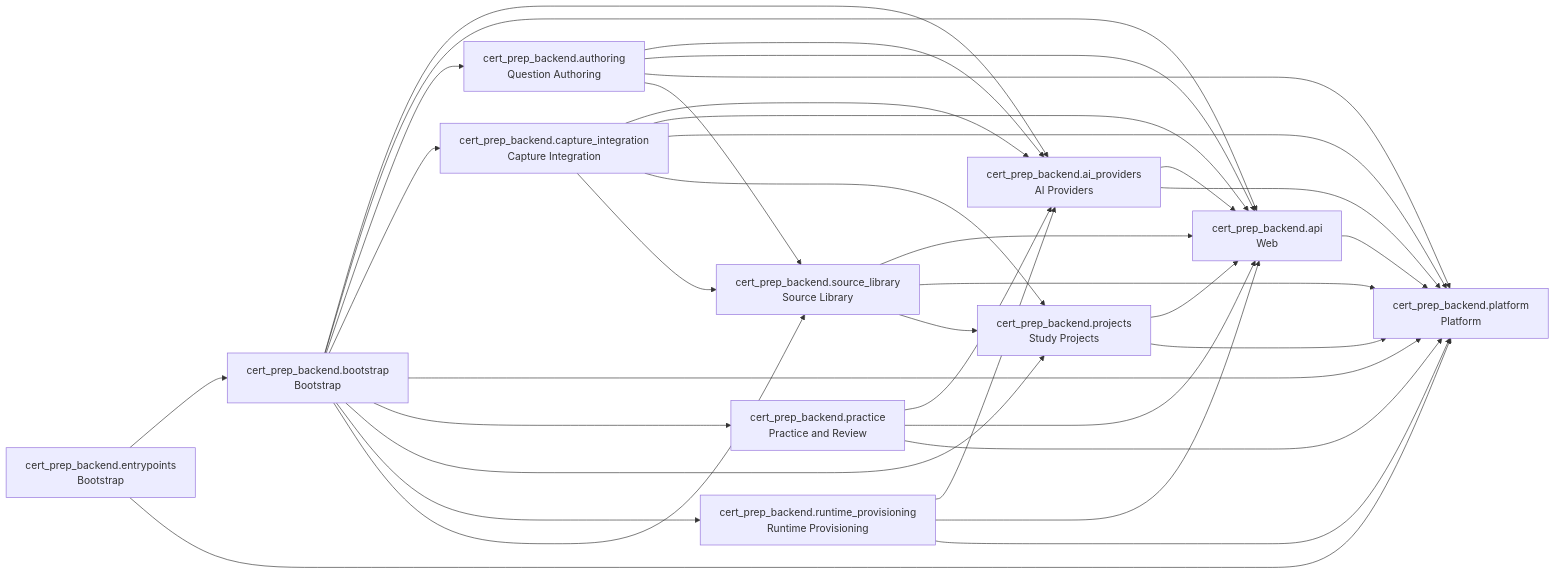
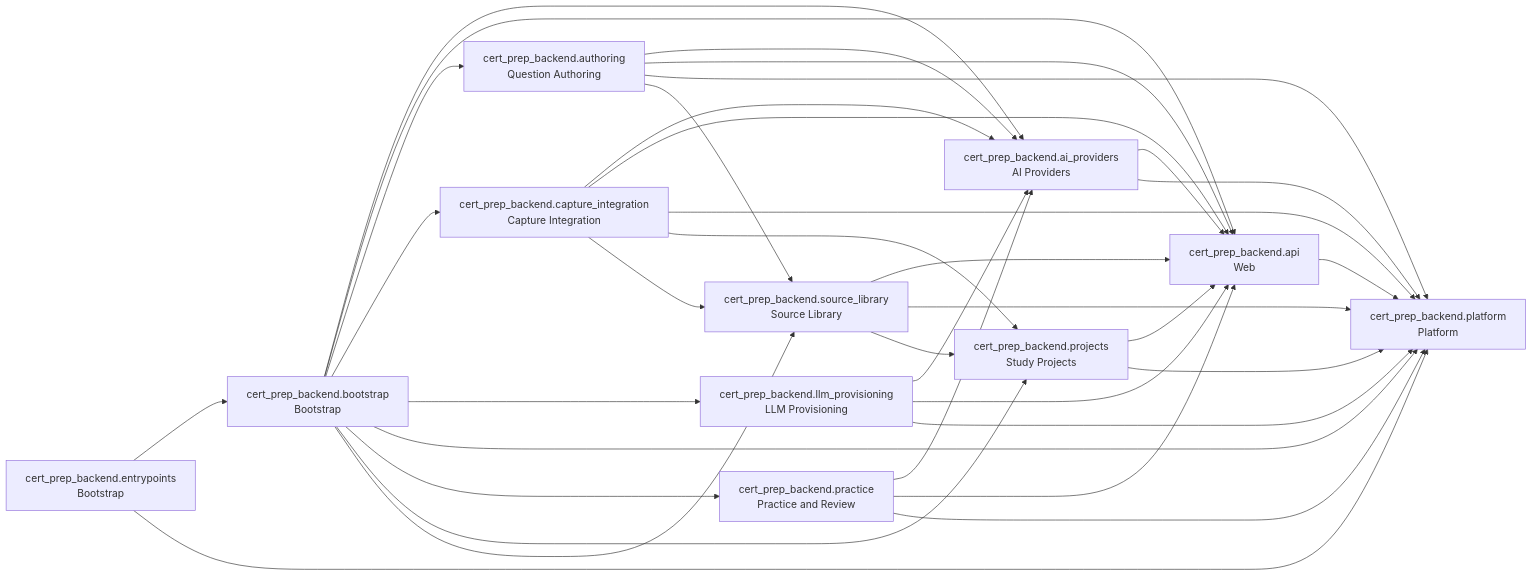
The diagram in docs/architecture/backend-contexts.md (WodenWang820118/cert-prep), drawn with Mermaid before and after one commit. The commit also changed 221 other files, not shown here.

````diff
--- a/docs/architecture/backend-contexts.md
+++ b/docs/architecture/backend-contexts.md
@@ -6,48 +6,48 @@
 ```mermaid
 flowchart LR
   n_cert_prep_backend_ai_providers["cert_prep_backend.ai_providers<br/>AI Providers"]
   n_cert_prep_backend_api["cert_prep_backend.api<br/>Web"]
   n_cert_prep_backend_authoring["cert_prep_backend.authoring<br/>Question Authoring"]
   n_cert_prep_backend_bootstrap["cert_prep_backend.bootstrap<br/>Bootstrap"]
   n_cert_prep_backend_capture_integration["cert_prep_backend.capture_integration<br/>Capture Integration"]
   n_cert_prep_backend_entrypoints["cert_prep_backend.entrypoints<br/>Bootstrap"]
+  n_cert_prep_backend_llm_provisioning["cert_prep_backend.llm_provisioning<br/>LLM Provisioning"]
   n_cert_prep_backend_platform["cert_prep_backend.platform<br/>Platform"]
   n_cert_prep_backend_practice["cert_prep_backend.practice<br/>Practice and Review"]
   n_cert_prep_backend_projects["cert_prep_backend.projects<br/>Study Projects"]
-  n_cert_prep_backend_runtime_provisioning["cert_prep_backend.runtime_provisioning<br/>Runtime Provisioning"]
   n_cert_prep_backend_source_library["cert_prep_backend.source_library<br/>Source Library"]
   n_cert_prep_backend_ai_providers --> n_cert_prep_backend_api
   n_cert_prep_backend_ai_providers --> n_cert_prep_backend_platform
   n_cert_prep_backend_api --> n_cert_prep_backend_platform
   n_cert_prep_backend_authoring --> n_cert_prep_backend_ai_providers
   n_cert_prep_backend_authoring --> n_cert_prep_backend_api
   n_cert_prep_backend_authoring --> n_cert_prep_backend_platform
   n_cert_prep_backend_authoring --> n_cert_prep_backend_source_library
   n_cert_prep_backend_bootstrap --> n_cert_prep_backend_ai_providers
   n_cert_prep_backend_bootstrap --> n_cert_prep_backend_api
   n_cert_prep_backend_bootstrap --> n_cert_prep_backend_authoring
   n_cert_prep_backend_bootstrap --> n_cert_prep_backend_capture_integration
+  n_cert_prep_backend_bootstrap --> n_cert_prep_backend_llm_provisioning
   n_cert_prep_backend_bootstrap --> n_cert_prep_backend_platform
   n_cert_prep_backend_bootstrap --> n_cert_prep_backend_practice
   n_cert_prep_backend_bootstrap --> n_cert_prep_backend_projects
-  n_cert_prep_backend_bootstrap --> n_cert_prep_backend_runtime_provisioning
   n_cert_prep_backend_bootstrap --> n_cert_prep_backend_source_library
   n_cert_prep_backend_capture_integration --> n_cert_prep_backend_ai_providers
   n_cert_prep_backend_capture_integration --> n_cert_prep_backend_api
   n_cert_prep_backend_capture_integration --> n_cert_prep_backend_platform
   n_cert_prep_backend_capture_integration --> n_cert_prep_backend_projects
   n_cert_prep_backend_capture_integration --> n_cert_prep_backend_source_library
   n_cert_prep_backend_entrypoints --> n_cert_prep_backend_bootstrap
   n_cert_prep_backend_entrypoints --> n_cert_prep_backend_platform
+  n_cert_prep_backend_llm_provisioning --> n_cert_prep_backend_ai_providers
+  n_cert_prep_backend_llm_provisioning --> n_cert_prep_backend_api
+  n_cert_prep_backend_llm_provisioning --> n_cert_prep_backend_platform
   n_cert_prep_backend_practice --> n_cert_prep_backend_ai_providers
   n_cert_prep_backend_practice --> n_cert_prep_backend_api
   n_cert_prep_backend_practice --> n_cert_prep_backend_platform
   n_cert_prep_backend_projects --> n_cert_prep_backend_api
   n_cert_prep_backend_projects --> n_cert_prep_backend_platform
-  n_cert_prep_backend_runtime_provisioning --> n_cert_prep_backend_ai_providers
-  n_cert_prep_backend_runtime_provisioning --> n_cert_prep_backend_api
-  n_cert_prep_backend_runtime_provisioning --> n_cert_prep_backend_platform
   n_cert_prep_backend_source_library --> n_cert_prep_backend_api
   n_cert_prep_backend_source_library --> n_cert_prep_backend_platform
   n_cert_prep_backend_source_library --> n_cert_prep_backend_projects
 ```
````
